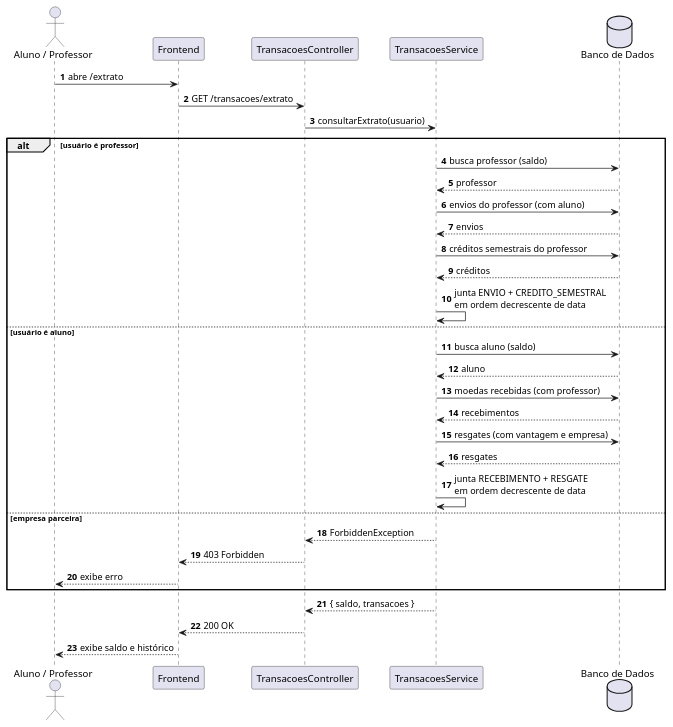
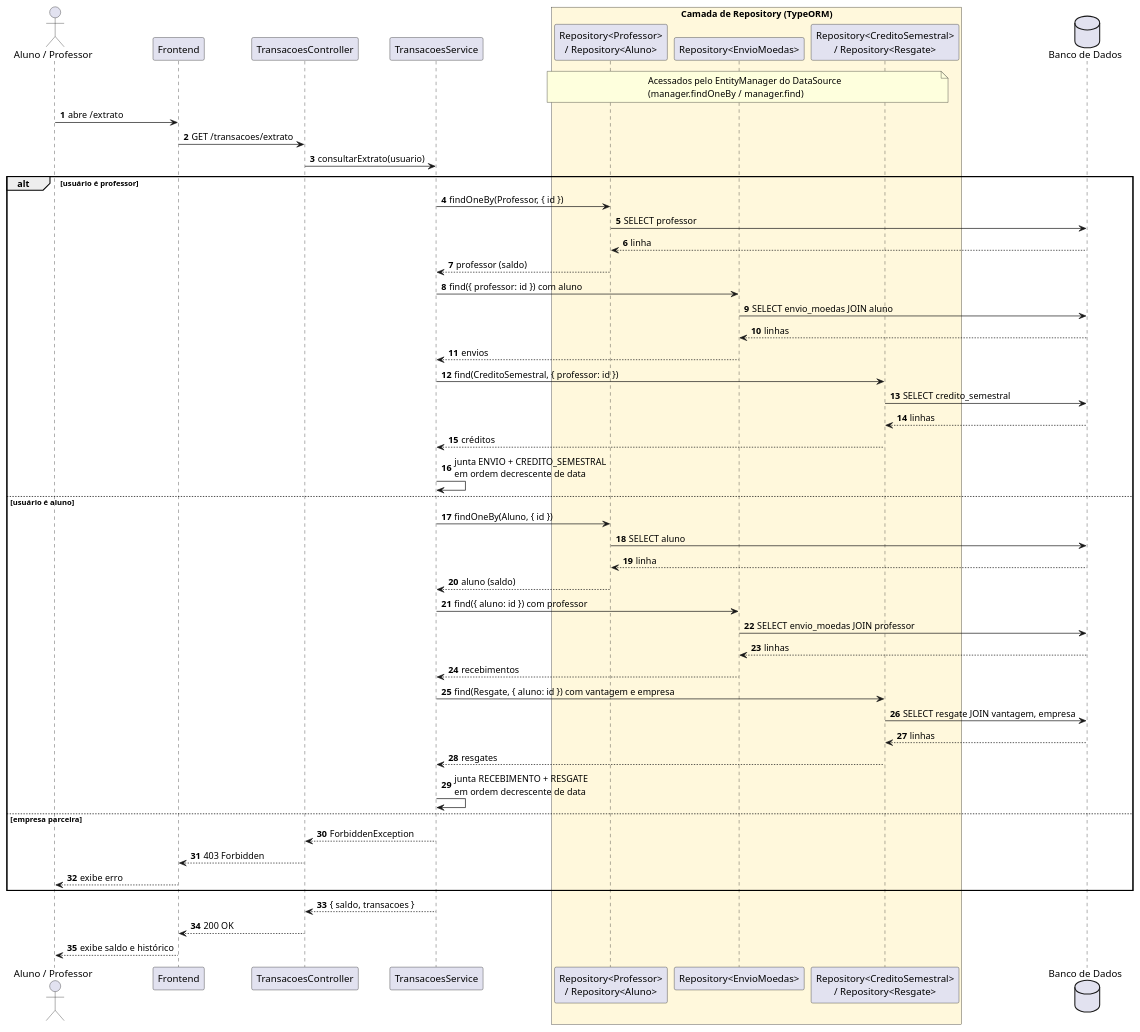
One commit to pazzutti/lab03-sistema-moeda-estudantil changed the diagram in docs/diagramas/sequencia/uc05-consultar-extrato.puml. Above: the diagram before and after it, drawn with PlantUML. The commit also changed 21 other files, not shown here.

```diff
--- a/docs/diagramas/sequencia/uc05-consultar-extrato.puml
+++ b/docs/diagramas/sequencia/uc05-consultar-extrato.puml
@@ -1,47 +1,66 @@
 @startuml uc05_consultar_extrato
 ' =====================================================================
 ' Sistema de Moeda Estudantil
 ' Diagrama de Sequencia - UC05 Consultar extrato (HU06 / HU10)
 ' Fonte versionada em docs/diagramas/sequencia/uc05-consultar-extrato.puml
 ' =====================================================================
 
 skinparam shadowing false
 autonumber
 
 actor "Aluno / Professor" as Usuario
 participant Frontend
 participant "TransacoesController" as Controller
 participant "TransacoesService" as Service
+box "Camada de Repository (TypeORM)" #FFF8DC
+  participant "Repository<Professor>\n/ Repository<Aluno>" as PerfilRepo
+  participant "Repository<EnvioMoedas>" as EnvioRepo
+  participant "Repository<CreditoSemestral>\n/ Repository<Resgate>" as HistRepo
+end box
 database "Banco de Dados" as BD
+
+note over PerfilRepo, HistRepo : Acessados pelo EntityManager do DataSource\n(manager.findOneBy / manager.find)
 
 Usuario -> Frontend : abre /extrato
 Frontend -> Controller : GET /transacoes/extrato
 Controller -> Service : consultarExtrato(usuario)
 
 alt usuário é professor
-  Service -> BD : busca professor (saldo)
-  BD --> Service : professor
-  Service -> BD : envios do professor (com aluno)
-  BD --> Service : envios
-  Service -> BD : créditos semestrais do professor
-  BD --> Service : créditos
+  Service -> PerfilRepo : findOneBy(Professor, { id })
+  PerfilRepo -> BD : SELECT professor
+  BD --> PerfilRepo : linha
+  PerfilRepo --> Service : professor (saldo)
+  Service -> EnvioRepo : find({ professor: id }) com aluno
+  EnvioRepo -> BD : SELECT envio_moedas JOIN aluno
+  BD --> EnvioRepo : linhas
+  EnvioRepo --> Service : envios
+  Service -> HistRepo : find(CreditoSemestral, { professor: id })
+  HistRepo -> BD : SELECT credito_semestral
+  BD --> HistRepo : linhas
+  HistRepo --> Service : créditos
   Service -> Service : junta ENVIO + CREDITO_SEMESTRAL\nem ordem decrescente de data
 else usuário é aluno
-  Service -> BD : busca aluno (saldo)
-  BD --> Service : aluno
-  Service -> BD : moedas recebidas (com professor)
-  BD --> Service : recebimentos
-  Service -> BD : resgates (com vantagem e empresa)
-  BD --> Service : resgates
+  Service -> PerfilRepo : findOneBy(Aluno, { id })
+  PerfilRepo -> BD : SELECT aluno
+  BD --> PerfilRepo : linha
+  PerfilRepo --> Service : aluno (saldo)
+  Service -> EnvioRepo : find({ aluno: id }) com professor
+  EnvioRepo -> BD : SELECT envio_moedas JOIN professor
+  BD --> EnvioRepo : linhas
+  EnvioRepo --> Service : recebimentos
+  Service -> HistRepo : find(Resgate, { aluno: id }) com vantagem e empresa
+  HistRepo -> BD : SELECT resgate JOIN vantagem, empresa
+  BD --> HistRepo : linhas
+  HistRepo --> Service : resgates
   Service -> Service : junta RECEBIMENTO + RESGATE\nem ordem decrescente de data
 else empresa parceira
   Service --> Controller : ForbiddenException
   Controller --> Frontend : 403 Forbidden
   Frontend --> Usuario : exibe erro
 end
 
 Service --> Controller : { saldo, transacoes }
 Controller --> Frontend : 200 OK
 Frontend --> Usuario : exibe saldo e histórico
 
 @enduml
```
